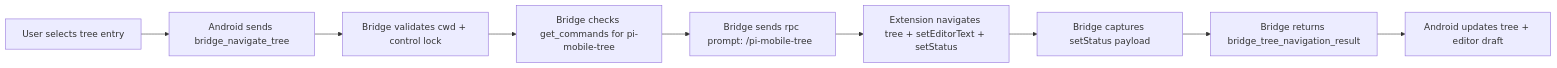
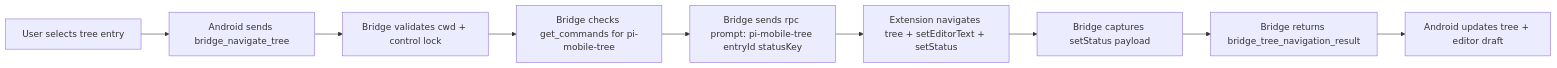
One commit to ayagmar/pi-mobile changed the fourth of 5 diagrams in docs/architecture.md. Above: the diagram before and after it, drawn with Mermaid. The commit also changed other lines of this file, not shown here.

Commit message:
docs(architecture): improve clarity and formatting in architecture diagrams

````diff
--- a/docs/architecture.md
+++ b/docs/architecture.md
@@ -93,11 +93,11 @@
 ```mermaid
 flowchart LR
     A[User selects tree entry] --> B[Android sends bridge_navigate_tree]
     B --> C[Bridge validates cwd + control lock]
     C --> D[Bridge checks get_commands for pi-mobile-tree]
-    D --> E[Bridge sends rpc prompt: /pi-mobile-tree <entryId> <statusKey>]
+    D --> E[Bridge sends rpc prompt: pi-mobile-tree entryId statusKey]
     E --> F[Extension navigates tree + setEditorText + setStatus]
     F --> G[Bridge captures setStatus payload]
     G --> H[Bridge returns bridge_tree_navigation_result]
     H --> I[Android updates tree + editor draft]
 ```
````
